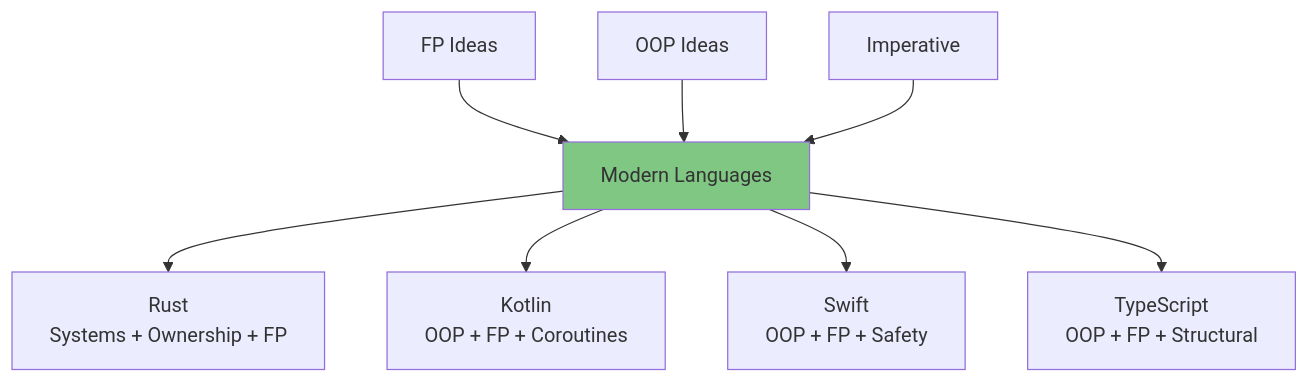
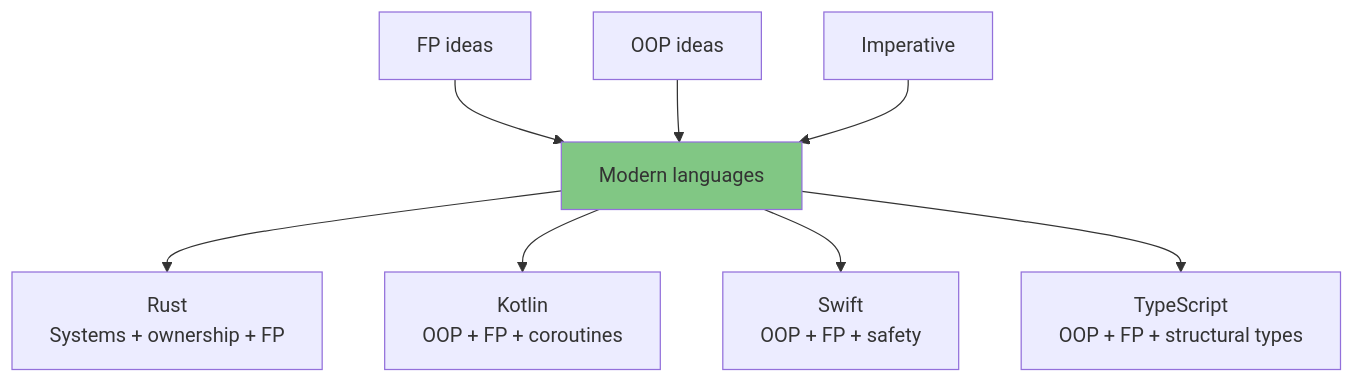
Before and after one commit to akardapolov/software-atlas: the fourth of 8 diagrams in docs/maps/paradigms-map.md, drawn with Mermaid. The commit also changed other lines of this file, not shown here.

````diff
--- a/docs/maps/paradigms-map.md
+++ b/docs/maps/paradigms-map.md
@@ -224,13 +616,13 @@
 ```mermaid
 flowchart TD
-    FP["FP Ideas"] --> Modern["Modern Languages"]
-    OOP["OOP Ideas"] --> Modern
+    FP["FP ideas"] --> Modern["Modern languages"]
+    OOP["OOP ideas"] --> Modern
     Imperative["Imperative"] --> Modern
 
-    Modern --> Rust["Rust<br/>Systems + Ownership + FP"]
-    Modern --> Kotlin["Kotlin<br/>OOP + FP + Coroutines"]
-    Modern --> Swift["Swift<br/>OOP + FP + Safety"]
-    Modern --> TypeScript["TypeScript<br/>OOP + FP + Structural"]
+    Modern --> Rust["Rust<br/>Systems + ownership + FP"]
+    Modern --> Kotlin["Kotlin<br/>OOP + FP + coroutines"]
+    Modern --> Swift["Swift<br/>OOP + FP + safety"]
+    Modern --> TypeScript["TypeScript<br/>OOP + FP + structural types"]
 
     style Modern fill:#81c784
 ```
````
